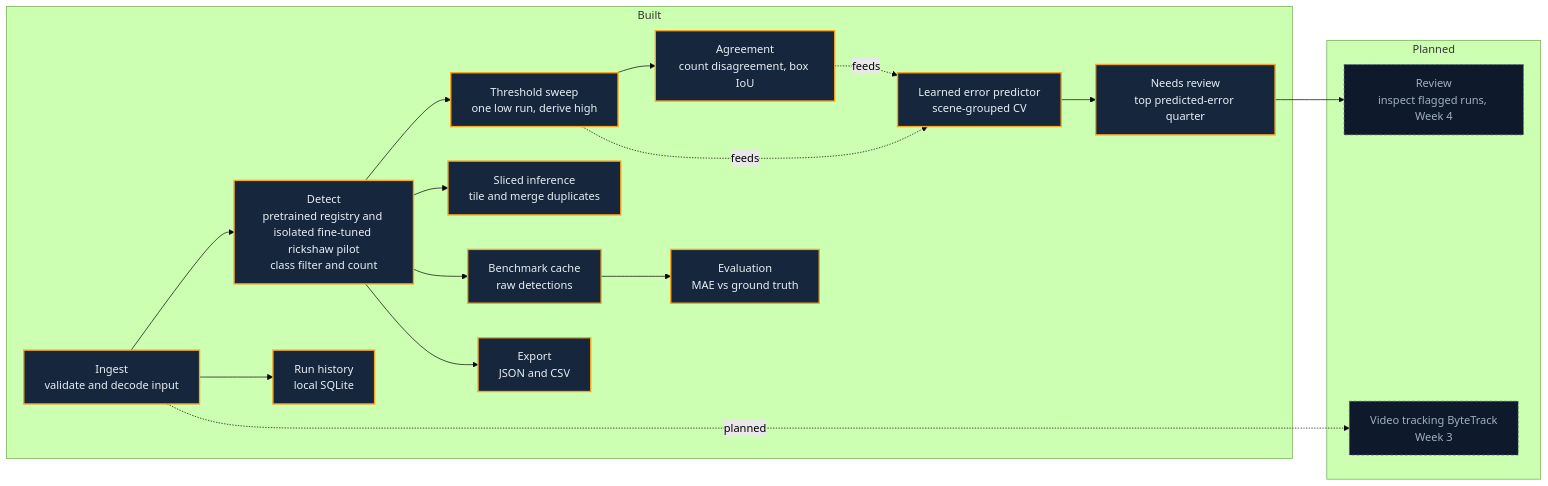
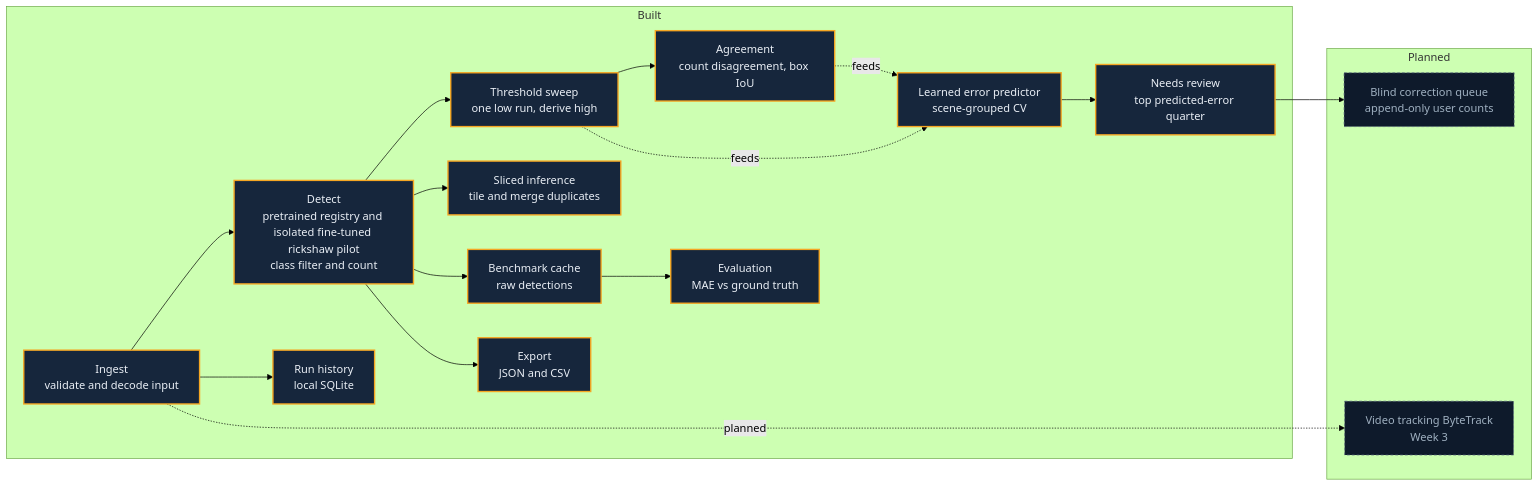
Before and after one commit to bakhtawar7/TrafficLens: the diagram in docs/architecture.md, drawn with Mermaid (forest theme). The commit also changed other lines of this file and 11 other files, not shown here.

````diff
--- a/docs/architecture.md
+++ b/docs/architecture.md
@@ -17,36 +17,36 @@
 ```mermaid
 flowchart LR
     subgraph BUILT[Built]
         ING[Ingest<br/>validate and decode input]
         DET[Detect<br/>pretrained registry and isolated fine-tuned rickshaw pilot<br/>class filter and count]
         SLC[Sliced inference<br/>tile and merge duplicates]
         SWEEP[Threshold sweep<br/>one low run, derive high]
         AGREE[Agreement<br/>count disagreement, box IoU]
         BM[Benchmark cache<br/>raw detections]
         EVAL[Evaluation<br/>MAE vs ground truth]
         EXP[Export<br/>JSON and CSV]
         PRED[Learned error predictor<br/>scene-grouped CV]
         DEC[Needs review<br/>top predicted-error quarter]
         HIST[Run history<br/>local SQLite]
     end
     subgraph PLANNED[Planned]
         VID[Video tracking ByteTrack<br/>Week 3]
-        REV[Review<br/>inspect flagged runs, Week 4]
+        REV[Blind correction queue<br/>append-only user counts]
     end
 
     ING --> DET --> SWEEP
     DET --> SLC
     SWEEP --> AGREE
     DET --> BM --> EVAL
     DET --> EXP
     AGREE -. feeds .-> PRED
     SWEEP -. feeds .-> PRED
     PRED --> DEC --> REV
     ING --> HIST
     ING -. planned .-> VID
 
     classDef built fill:#16263c,stroke:#f5a623,stroke-width:2px,color:#e9eef5;
     classDef planned fill:#0e1a2b,stroke:#5b6b7f,stroke-dasharray:4 3,color:#9fb0c0;
     class ING,DET,SLC,SWEEP,AGREE,BM,EVAL,EXP,PRED,DEC,HIST built;
     class VID,REV planned;
 ```
````
